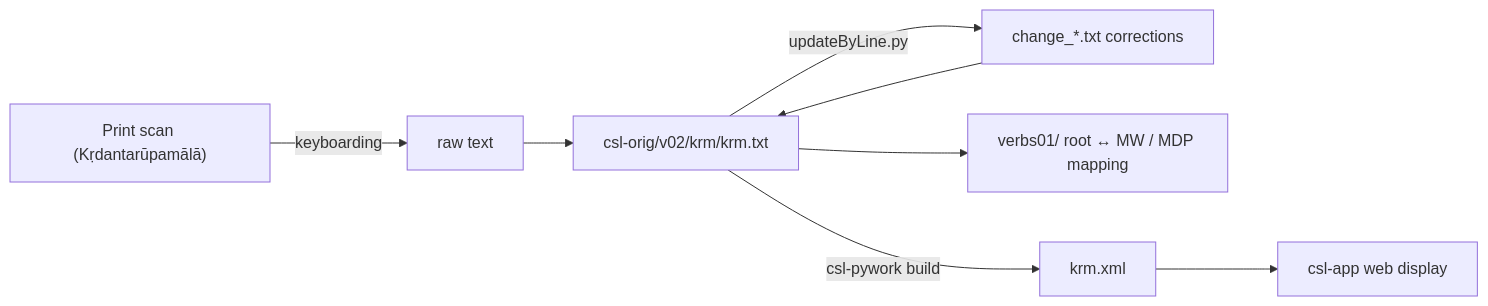
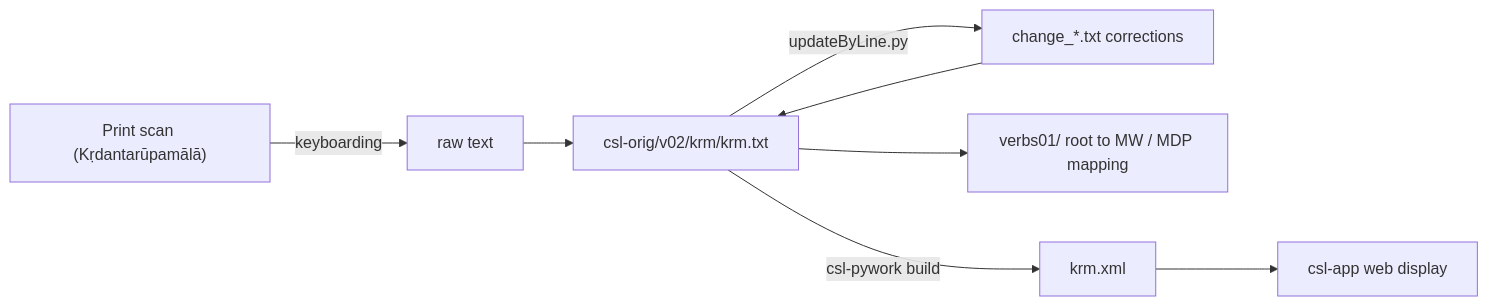
The third of 3 diagrams in README.md (sanskrit-lexicon/KRM), drawn with Mermaid before and after one commit. The commit also changed other lines of this file, not shown here.

````diff
--- a/README.md
+++ b/README.md
@@ -139,10 +141,10 @@
 ```mermaid
 flowchart LR
   S["Print scan (Kṛdantarūpamālā)"] -->|keyboarding| R["raw text"]
   R --> O["csl-orig/v02/krm/krm.txt"]
   O -->|updateByLine.py| C["change_*.txt corrections"]
   C --> O
-  O --> V["verbs01/ root ↔ MW / MDP mapping"]
+  O --> V["verbs01/ root to MW / MDP mapping"]
   O -->|csl-pywork build| X["krm.xml"]
   X --> A["csl-app web display"]
 ```
````
